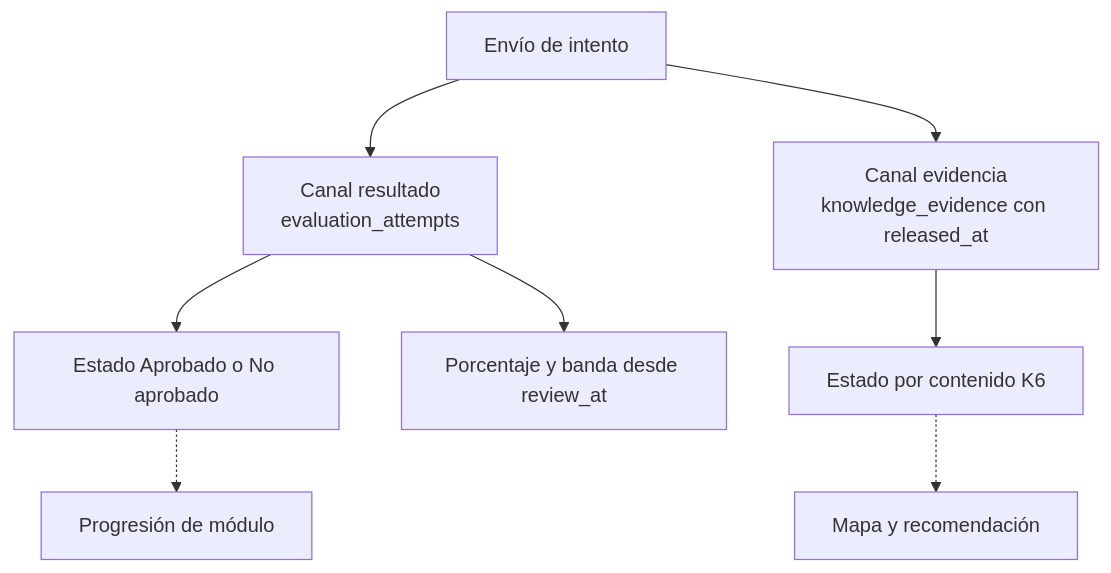
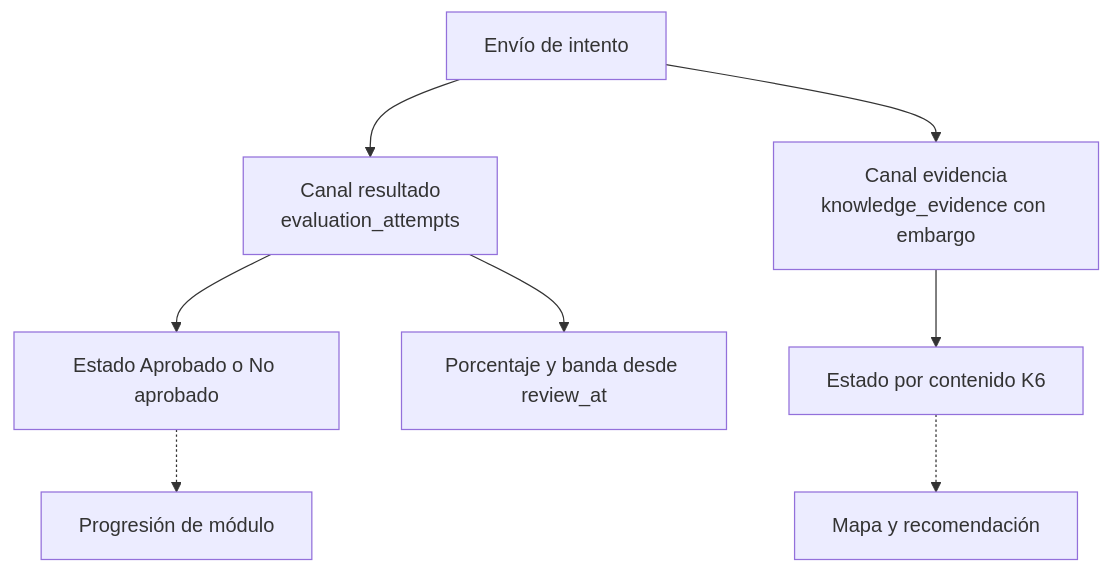
Before and after one commit to juanpablomonsalvezb-alt/brkl: the second of 3 diagrams in docs/vortice/diseno-tecnico/03_MOTOR_DE_EVIDENCIAS.md, drawn with Mermaid. The commit also changed other lines of this file and 11 other files, not shown here.

````diff
--- a/docs/vortice/diseno-tecnico/03_MOTOR_DE_EVIDENCIAS.md
+++ b/docs/vortice/diseno-tecnico/03_MOTOR_DE_EVIDENCIAS.md
@@ -122,10 +122,10 @@
 ```mermaid
 flowchart TB
   S[Envío de intento] --> R[Canal resultado<br/>evaluation_attempts]
-  S --> X[Canal evidencia<br/>knowledge_evidence con released_at]
+  S --> X[Canal evidencia<br/>knowledge_evidence con embargo]
   R --> ST[Estado Aprobado o No aprobado]
   R --> PC[Porcentaje y banda desde review_at]
   X --> K[Estado por contenido K6]
   ST -.-> P[Progresión de módulo]
   K -.-> MAP[Mapa y recomendación]
 ```
````
